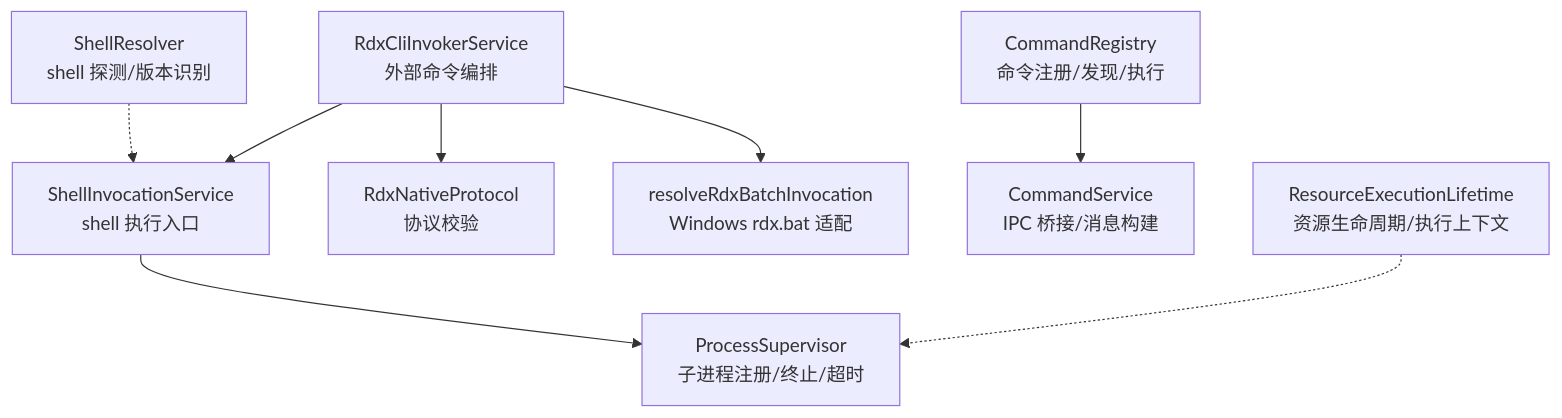
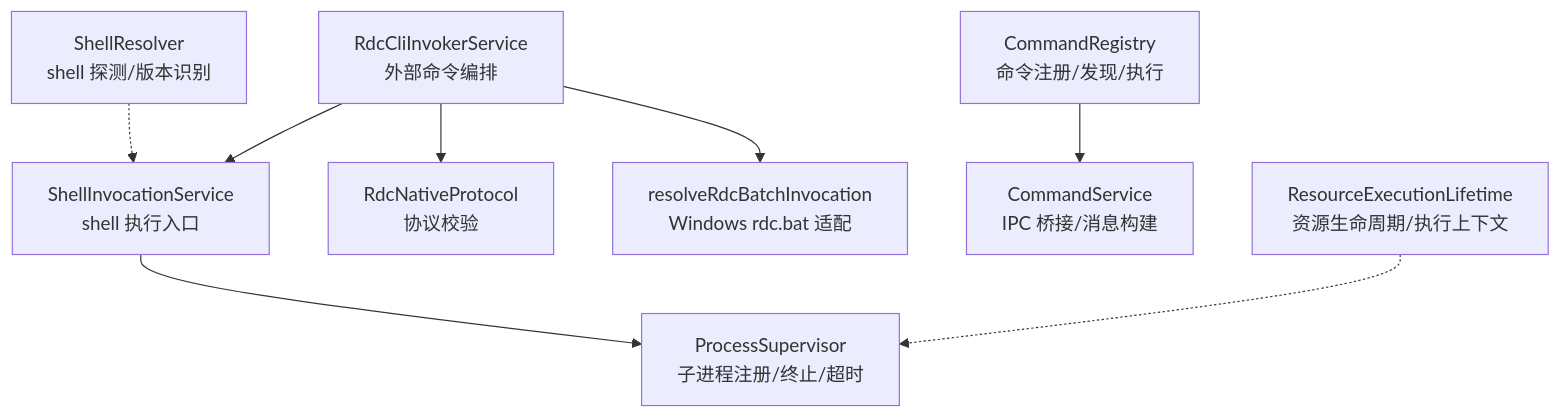
The first of 9 diagrams in .qoder/repowiki/zh/content/架构设计/主进程架构/工具执行系统.md (haolange/RDC-Agent), drawn with Mermaid before and after one commit. The commit also changed other lines of this file and 557 other files, not shown here.

````diff
--- a/.qoder/repowiki/zh/content/架构设计/主进程架构/工具执行系统.md
+++ b/.qoder/repowiki/zh/content/架构设计/主进程架构/工具执行系统.md
@@ -45,10 +45,10 @@
 ```mermaid
 graph TB
-A["RdxCliInvokerService<br/>外部命令编排"] --> B["ShellInvocationService<br/>shell 执行入口"]
+A["RdcCliInvokerService<br/>外部命令编排"] --> B["ShellInvocationService<br/>shell 执行入口"]
 B --> C["ProcessSupervisor<br/>子进程注册/终止/超时"]
-A --> D["RdxNativeProtocol<br/>协议校验"]
-A --> E["resolveRdxBatchInvocation<br/>Windows rdx.bat 适配"]
+A --> D["RdcNativeProtocol<br/>协议校验"]
+A --> E["resolveRdcBatchInvocation<br/>Windows rdc.bat 适配"]
 F["CommandRegistry<br/>命令注册/发现/执行"] --> G["CommandService<br/>IPC 桥接/消息构建"]
 H["ShellResolver<br/>shell 探测/版本识别"] -.-> B
 I["ResourceExecutionLifetime<br/>资源生命周期/执行上下文"] -.-> C
 ```
````
